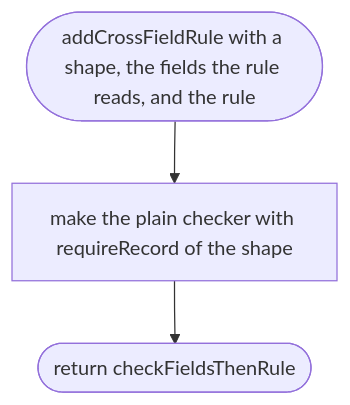
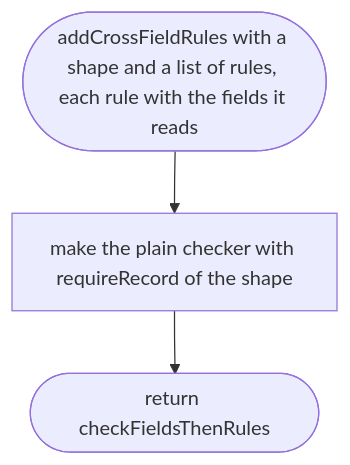
One commit to NewDara-Star/world-engine changed diagram 33 of 38 in docs/designs/src/place/parse.md. Above: the diagram before and after it, drawn with Mermaid. The commit also changed other lines of this file and 10 other files, not shown here.

````diff
--- a/docs/designs/src/place/parse.md
+++ b/docs/designs/src/place/parse.md
@@ -497,8 +503,8 @@
 ```mermaid
 flowchart TD
-  s(["addCrossFieldRule with a shape, the fields the rule reads, and the rule"])
+  s(["addCrossFieldRules with a shape and a list of rules, each rule with the fields it reads"])
   a["make the plain checker with requireRecord of the shape"]
-  b(["return checkFieldsThenRule"])
+  b(["return checkFieldsThenRules"])
   s --> a
   a --> b
 ```
````
